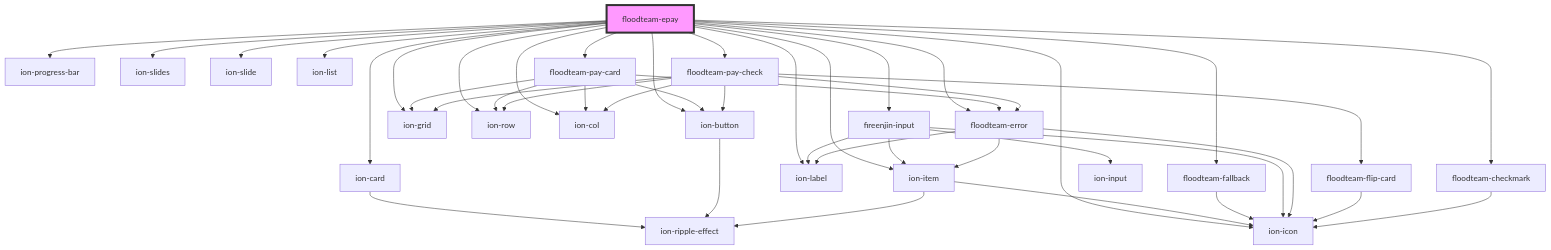
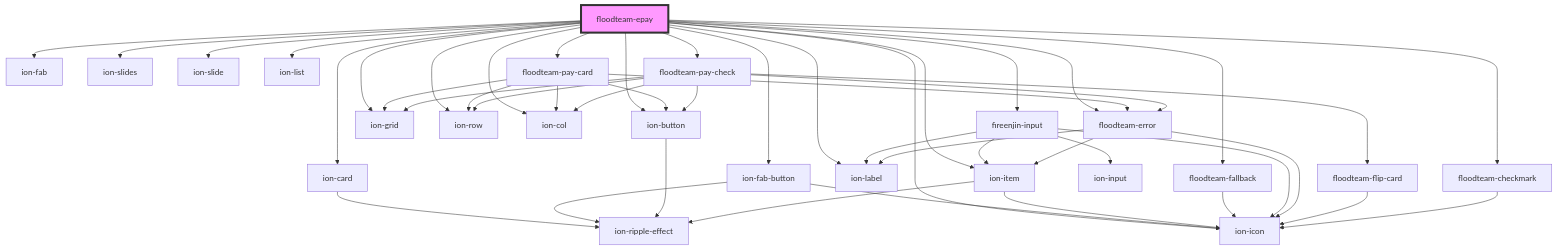
Before and after one commit to FloodTeam/components: the diagram in src/components/epay/readme.md, drawn with Mermaid. The commit also changed other lines of this file and 2 other files, not shown here.

Commit message:
fix(epay): Remove progress bar and add floating button

````diff
--- a/src/components/epay/readme.md
+++ b/src/components/epay/readme.md
@@ -113,47 +114,50 @@
 ```mermaid
 graph TD;
   floodteam-epay --> ion-card
+  floodteam-epay --> ion-fab
+  floodteam-epay --> ion-fab-button
+  floodteam-epay --> ion-icon
   floodteam-epay --> ion-button
-  floodteam-epay --> ion-icon
-  floodteam-epay --> ion-progress-bar
   floodteam-epay --> ion-slides
   floodteam-epay --> ion-slide
   floodteam-epay --> ion-grid
   floodteam-epay --> ion-row
   floodteam-epay --> ion-col
   floodteam-epay --> ion-item
   floodteam-epay --> ion-label
   floodteam-epay --> floodteam-fallback
   floodteam-epay --> ion-list
   floodteam-epay --> fireenjin-input
   floodteam-epay --> floodteam-pay-card
   floodteam-epay --> floodteam-pay-check
   floodteam-epay --> floodteam-error
   floodteam-epay --> floodteam-checkmark
   ion-card --> ion-ripple-effect
+  ion-fab-button --> ion-icon
+  ion-fab-button --> ion-ripple-effect
   ion-button --> ion-ripple-effect
   ion-item --> ion-icon
   ion-item --> ion-ripple-effect
   floodteam-fallback --> ion-icon
   fireenjin-input --> ion-input
   fireenjin-input --> ion-item
   fireenjin-input --> ion-icon
   fireenjin-input --> ion-label
   floodteam-pay-card --> floodteam-error
   floodteam-pay-card --> ion-grid
   floodteam-pay-card --> ion-row
   floodteam-pay-card --> ion-col
   floodteam-pay-card --> ion-button
   floodteam-error --> ion-item
   floodteam-error --> ion-icon
   floodteam-error --> ion-label
   floodteam-pay-check --> floodteam-error
   floodteam-pay-check --> floodteam-flip-card
   floodteam-pay-check --> ion-grid
   floodteam-pay-check --> ion-row
   floodteam-pay-check --> ion-col
   floodteam-pay-check --> ion-button
   floodteam-flip-card --> ion-icon
   floodteam-checkmark --> ion-icon
   style floodteam-epay fill:#f9f,stroke:#333,stroke-width:4px
 ```
````
